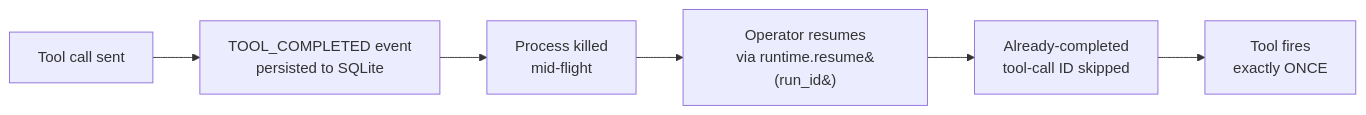
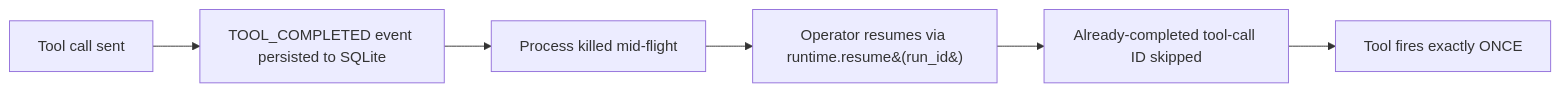
One commit to Fqih/Soteria changed the second of 3 diagrams in README.md. Above: the diagram before and after it, drawn with Mermaid. The commit also changed other lines of this file and 1 other file, not shown here.

````diff
--- a/README.md
+++ b/README.md
@@ -77,8 +87,8 @@
 ```mermaid
 flowchart LR
-    A[Tool call sent] --> B[TOOL_COMPLETED event<br/>persisted to SQLite]
-    B --> C[Process killed<br/>mid-flight]
-    C --> D[Operator resumes<br/>via runtime.resume&#40;run_id&#41;]
-    D --> E[Already-completed<br/>tool-call ID skipped]
-    E --> F[Tool fires<br/>exactly ONCE]
+    A[Tool call sent] --> B[TOOL_COMPLETED event persisted to SQLite]
+    B --> C[Process killed mid-flight]
+    C --> D[Operator resumes via runtime.resume&#40;run_id&#41;]
+    D --> E[Already-completed tool-call ID skipped]
+    E --> F[Tool fires exactly ONCE]
 ```
````
